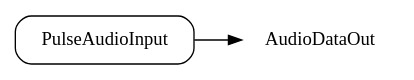
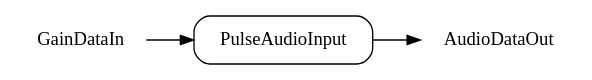
Before and after one commit to yosuke/OpenHRIAudio: the diagram in doc/pulseaudioinput-ja.rst, drawn with Graphviz. The commit also changed other lines of this file and 23 other files, not shown here.

```diff
--- a/doc/pulseaudioinput-ja.rst
+++ b/doc/pulseaudioinput-ja.rst
@@ -24,6 +26,8 @@
 .. digraph:: comp
 
    rankdir=LR;
    PulseAudioInput [shape=Mrecord, label="PulseAudioInput"];
+   GainDataIn [shape=plaintext, label="GainDataIn"];
+   GainDataIn -> PulseAudioInput;
    AudioDataOut [shape=plaintext, label="AudioDataOut"];
    PulseAudioInput -> AudioDataOut;
```
